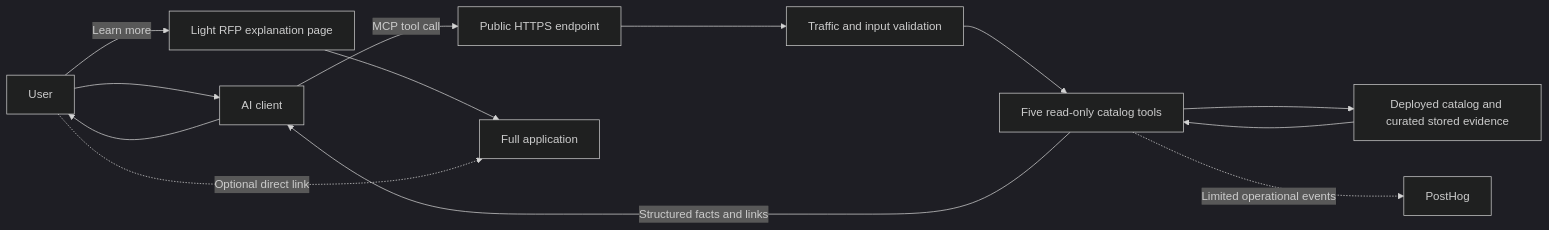
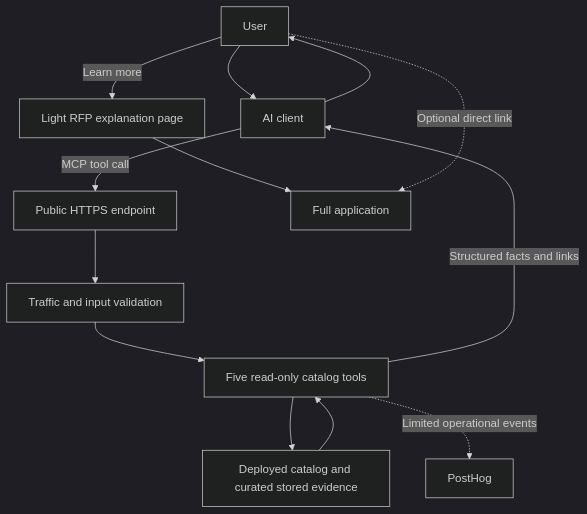
Before and after one commit to LightRFP/lightrfp-mcp: the first of 2 diagrams in docs/architecture.md, drawn with Mermaid (dark theme). The commit also changed 1 other file, not shown here.

Commit message:
Clarify clone instructions and improve diagram readability

````diff
--- a/docs/architecture.md
+++ b/docs/architecture.md
@@ -5,15 +5,15 @@
 ```mermaid
-flowchart LR
+flowchart TD
     U[User] --> C[AI client]
     C -->|MCP tool call| H[Public HTTPS endpoint]
     H --> G[Traffic and input validation]
     G --> T[Five read-only catalog tools]
     T --> D[Deployed catalog and curated stored evidence]
     D --> T
     T -->|Structured facts and links| C
     C --> U
     U -->|Learn more| L[Light RFP explanation page]
     L --> A[Full application]
     U -. Optional direct link .-> A
     T -. Limited operational events .-> P[PostHog]
 ```
````
